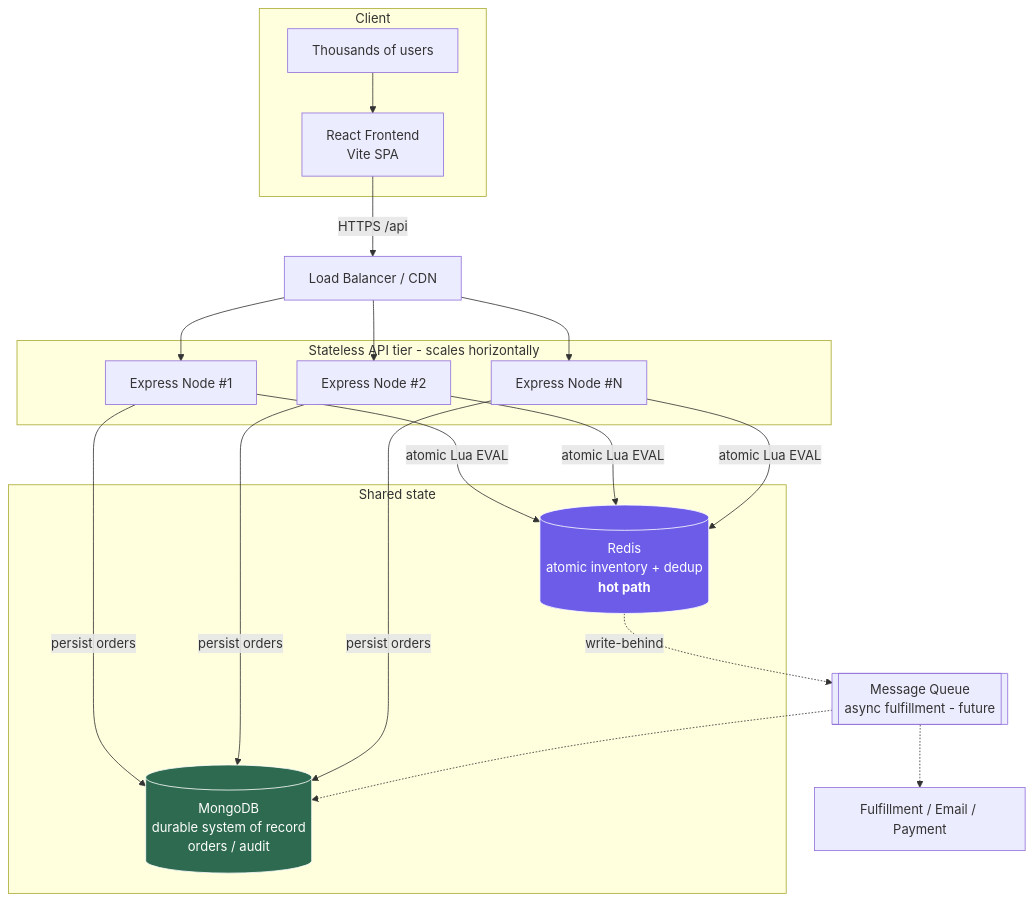
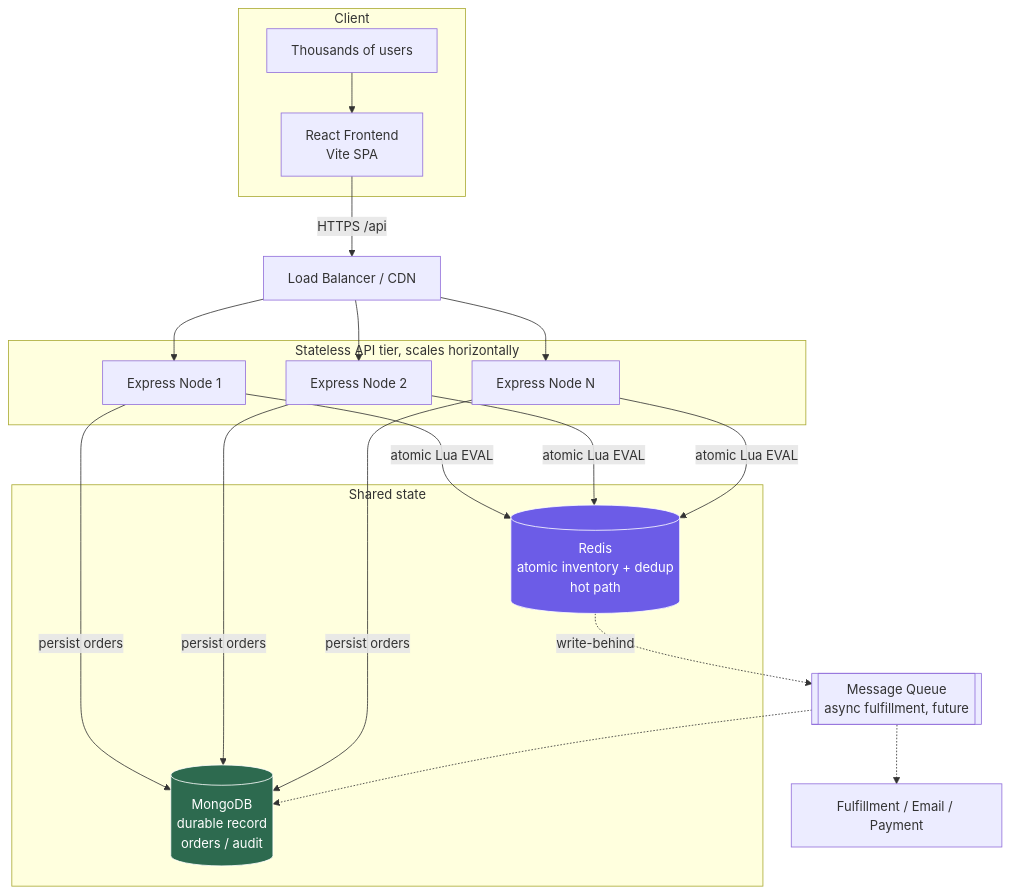
Before and after one commit to breinjhel/bookipi-test: the first of 2 diagrams in README.md, drawn with Mermaid. The commit also changed other lines of this file, not shown here.

````diff
--- a/README.md
+++ b/README.md
@@ -29,34 +27,34 @@
 ```mermaid
 flowchart TB
     subgraph Client
         U[Thousands of users]
         FE[React Frontend<br/>Vite SPA]
     end
 
     LB[Load Balancer / CDN]
 
-    subgraph API[Stateless API tier - scales horizontally]
-        A1[Express Node #1]
-        A2[Express Node #2]
-        A3[Express Node #N]
+    subgraph API[Stateless API tier, scales horizontally]
+        A1[Express Node 1]
+        A2[Express Node 2]
+        A3[Express Node N]
     end
 
     subgraph Data[Shared state]
-        R[(Redis<br/>atomic inventory + dedup<br/><b>hot path</b>)]
-        M[(MongoDB<br/>durable system of record<br/>orders / audit)]
+        R[(Redis<br/>atomic inventory + dedup<br/>hot path)]
+        M[(MongoDB<br/>durable record<br/>orders / audit)]
     end
 
-    Q[[Message Queue<br/>async fulfillment - future]]
+    Q[[Message Queue<br/>async fulfillment, future]]
 
     U --> FE -->|HTTPS /api| LB
     LB --> A1 & A2 & A3
     A1 & A2 & A3 -->|atomic Lua EVAL| R
     A1 & A2 & A3 -->|persist orders| M
     R -.write-behind.-> Q -.-> M
     Q -.-> FUL[Fulfillment / Email / Payment]
 
     classDef hot fill:#6c5ce7,stroke:#fff,color:#fff;
     classDef durable fill:#2d6a4f,stroke:#fff,color:#fff;
     class R hot;
     class M durable;
 ```
````
